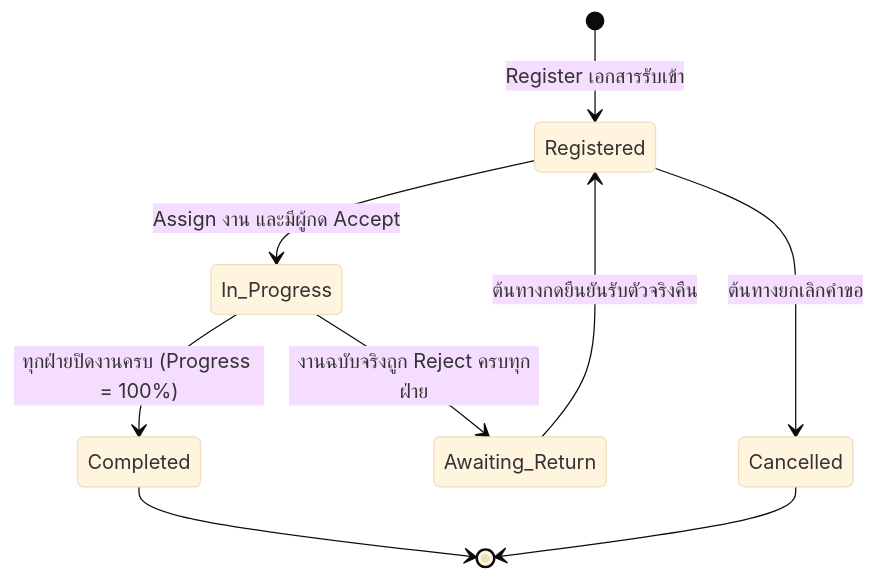
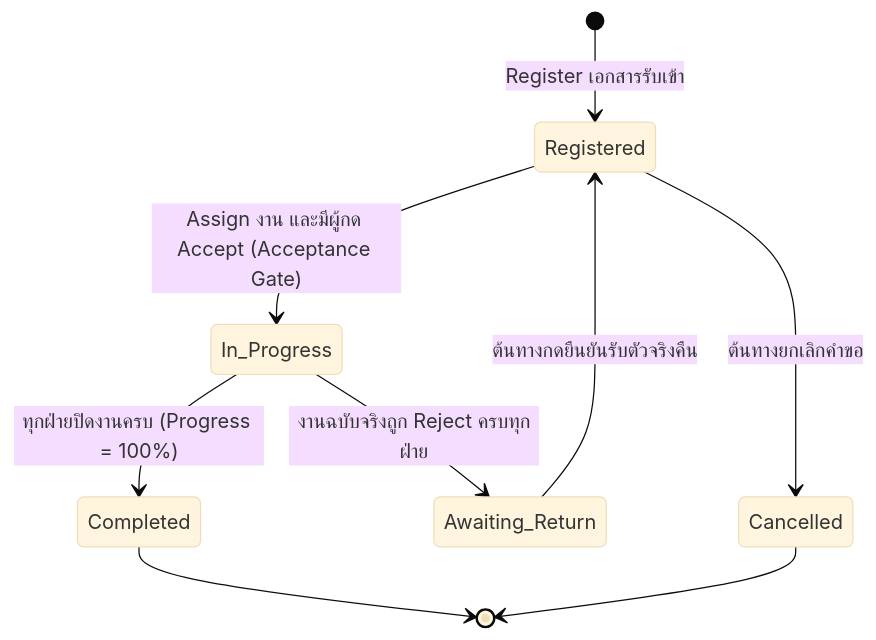
One commit to Nineteens19/DVS_Correspondence_system changed the seventh of 11 diagrams in P2026-DVS_Correspondence_System_Consolidated_SRS_Analysis.md. Above: the diagram before and after it, drawn with Mermaid (base theme). The commit also changed other lines of this file and 1 other file, not shown here.

````diff
--- a/P2026-DVS_Correspondence_System_Consolidated_SRS_Analysis.md
+++ b/P2026-DVS_Correspondence_System_Consolidated_SRS_Analysis.md
@@ -520,11 +771,11 @@
 ```mermaid
 stateDiagram-v2
     [*] --> Registered: Register เอกสารรับเข้า
-    Registered --> In_Progress: Assign งาน และมีผู้กด Accept
+    Registered --> In_Progress: Assign งาน และมีผู้กด Accept (Acceptance Gate)
     Registered --> Cancelled: ต้นทางยกเลิกคำขอ
     In_Progress --> Awaiting_Return: งานฉบับจริงถูก Reject ครบทุกฝ่าย
     Awaiting_Return --> Registered: ต้นทางกดยืนยันรับตัวจริงคืน
     In_Progress --> Completed: ทุกฝ่ายปิดงานครบ (Progress = 100%)
     Completed --> [*]
     Cancelled --> [*]
 ```
````
